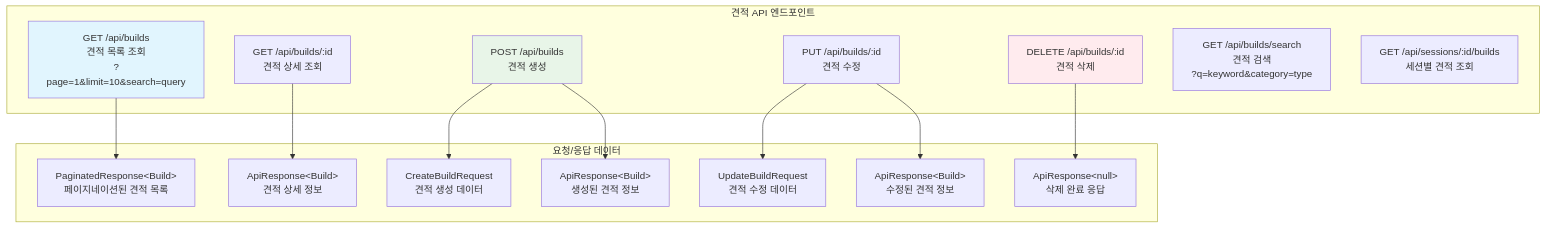
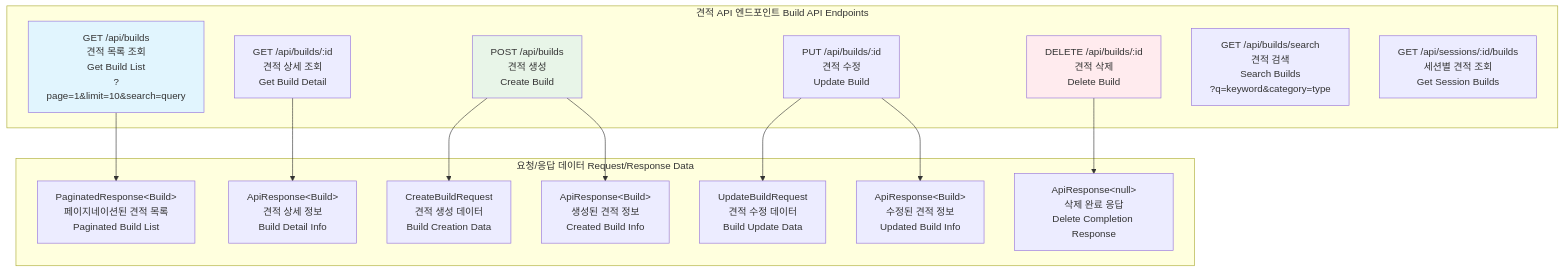
Diagram 16 of 19 in docs/design-specification.md (p0pular131/askspec-chat-assistant), drawn with Mermaid before and after one commit. The commit also changed other lines of this file and 1 other file, not shown here.

First line of the commit message:
Refactor: Adjust diagram layout for readability

````diff
--- a/docs/design-specification.md
+++ b/docs/design-specification.md
@@ -1117,34 +1147,34 @@
 ```mermaid
-graph TD
-    subgraph "견적 API 엔드포인트"
-        GetBuilds[GET /api/builds<br/>견적 목록 조회<br/>?page=1&limit=10&search=query]
-        GetBuild[GET /api/builds/:id<br/>견적 상세 조회]
-        CreateBuild[POST /api/builds<br/>견적 생성]
-        UpdateBuild[PUT /api/builds/:id<br/>견적 수정]
-        DeleteBuild[DELETE /api/builds/:id<br/>견적 삭제]
-        SearchBuilds[GET /api/builds/search<br/>견적 검색<br/>?q=keyword&category=type]
-        GetSessionBuilds[GET /api/sessions/:id/builds<br/>세션별 견적 조회]
+graph TB
+    subgraph "견적 API 엔드포인트 Build API Endpoints"
+        GetBuilds["GET /api/builds<br/>견적 목록 조회<br/>Get Build List<br/>?page=1&limit=10&search=query"]
+        GetBuild["GET /api/builds/:id<br/>견적 상세 조회<br/>Get Build Detail"]
+        CreateBuild["POST /api/builds<br/>견적 생성<br/>Create Build"]
+        UpdateBuild["PUT /api/builds/:id<br/>견적 수정<br/>Update Build"]
+        DeleteBuild["DELETE /api/builds/:id<br/>견적 삭제<br/>Delete Build"]
+        SearchBuilds["GET /api/builds/search<br/>견적 검색<br/>Search Builds<br/>?q=keyword&category=type"]
+        GetSessionBuilds["GET /api/sessions/:id/builds<br/>세션별 견적 조회<br/>Get Session Builds"]
     end
     
-    subgraph "요청/응답 데이터"
-        GetBuildsRes[PaginatedResponse&lt;Build&gt;<br/>페이지네이션된 견적 목록]
-        GetBuildRes[ApiResponse&lt;Build&gt;<br/>견적 상세 정보]
-        CreateBuildReq[CreateBuildRequest<br/>견적 생성 데이터]
-        CreateBuildRes[ApiResponse&lt;Build&gt;<br/>생성된 견적 정보]
-        UpdateBuildReq[UpdateBuildRequest<br/>견적 수정 데이터]
-        UpdateBuildRes[ApiResponse&lt;Build&gt;<br/>수정된 견적 정보]
-        DeleteBuildRes[ApiResponse&lt;null&gt;<br/>삭제 완료 응답]
+    subgraph "요청/응답 데이터 Request/Response Data"
+        GetBuildsRes["PaginatedResponse&lt;Build&gt;<br/>페이지네이션된 견적 목록<br/>Paginated Build List"]
+        GetBuildRes["ApiResponse&lt;Build&gt;<br/>견적 상세 정보<br/>Build Detail Info"]
+        CreateBuildReq["CreateBuildRequest<br/>견적 생성 데이터<br/>Build Creation Data"]
+        CreateBuildRes["ApiResponse&lt;Build&gt;<br/>생성된 견적 정보<br/>Created Build Info"]
+        UpdateBuildReq["UpdateBuildRequest<br/>견적 수정 데이터<br/>Build Update Data"]
+        UpdateBuildRes["ApiResponse&lt;Build&gt;<br/>수정된 견적 정보<br/>Updated Build Info"]
+        DeleteBuildRes["ApiResponse&lt;null&gt;<br/>삭제 완료 응답<br/>Delete Completion Response"]
     end
     
     GetBuilds --> GetBuildsRes
     GetBuild --> GetBuildRes
     CreateBuild --> CreateBuildReq
     CreateBuild --> CreateBuildRes
     UpdateBuild --> UpdateBuildReq
     UpdateBuild --> UpdateBuildRes
     DeleteBuild --> DeleteBuildRes
     
     style GetBuilds fill:#e1f5fe
     style CreateBuild fill:#e8f5e8
     style DeleteBuild fill:#ffebee
 ```
````
